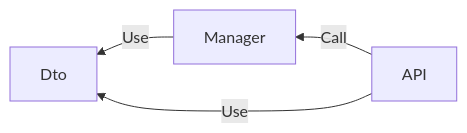
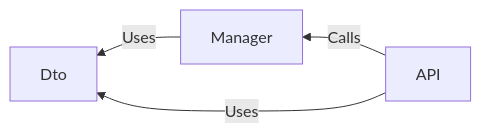
The second of 2 diagrams in Content/docs/Perigon/en-US/10.0/Introduction.md (AterDev/Perigon.docs), drawn with Mermaid before and after one commit. The commit also changed other lines of this file and 39 other files, not shown here.

````diff
--- a/Content/docs/Perigon/en-US/10.0/Introduction.md
+++ b/Content/docs/Perigon/en-US/10.0/Introduction.md
@@ -154,10 +171,10 @@
 ```mermaid
 graph RL;
-    Dto[Dto]
-    Controller[API]
-    Manager[Manager]
+  Dto[Dto]
+  Controller[API]
+  Manager[Manager]
 
-    Manager-->|Use|Dto;
-    Controller-->|Call|Manager;
-    Controller-->|Use|Dto;
+  Manager-->|Uses|Dto;
+  Controller-->|Calls|Manager;
+  Controller-->|Uses|Dto;
 ```
````
